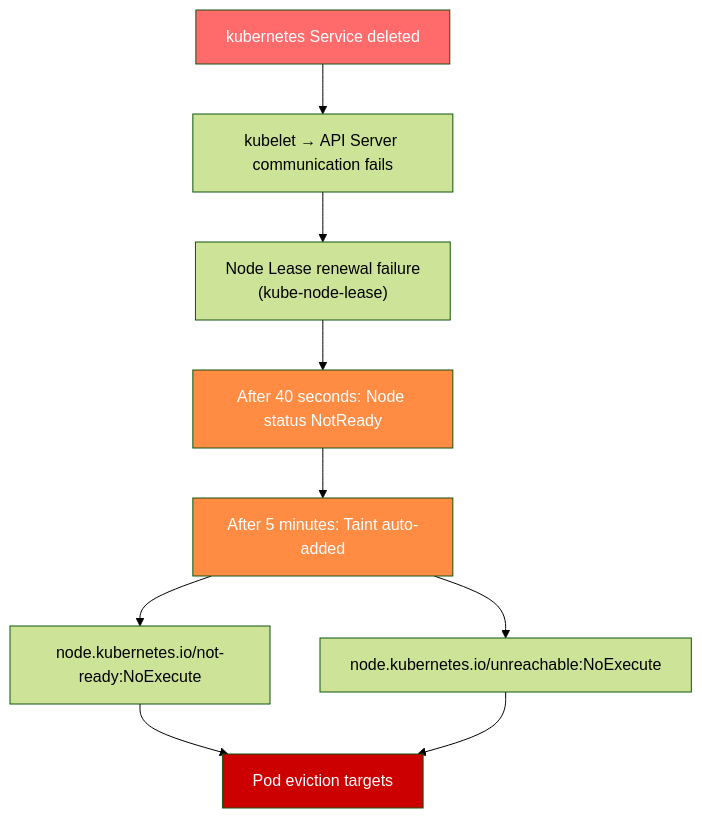
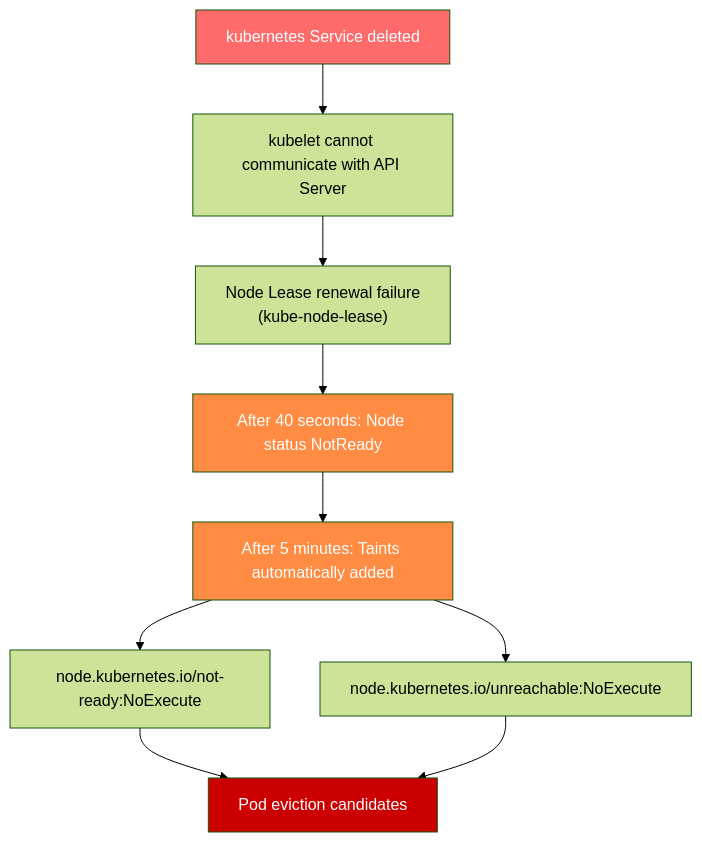
Before and after one commit to devfloor9/engineering-playbook: the second of 2 diagrams in i18n/en/docusaurus-plugin-content-docs/current/security-governance/default-namespace-incident.md, drawn with Mermaid (forest theme). The commit also changed other lines of this file and 95 other files, not shown here.

````diff
--- a/i18n/en/docusaurus-plugin-content-docs/current/security-governance/default-namespace-incident.md
+++ b/i18n/en/docusaurus-plugin-content-docs/current/security-governance/default-namespace-incident.md
@@ -83,16 +82,16 @@
 ```mermaid
 flowchart TD
-    A["kubernetes Service deleted"] --> B["kubelet → API Server communication fails"]
+    A["kubernetes Service deleted"] --> B["kubelet cannot communicate with API Server"]
     B --> C["Node Lease renewal failure<br/>(kube-node-lease)"]
     C --> D["After 40 seconds: Node status NotReady"]
-    D --> E["After 5 minutes: Taint auto-added"]
+    D --> E["After 5 minutes: Taints automatically added"]
     E --> F["node.kubernetes.io/not-ready:NoExecute"]
     E --> G["node.kubernetes.io/unreachable:NoExecute"]
-    F --> H["Pod eviction targets"]
+    F --> H["Pod eviction candidates"]
     G --> H
 
     style A fill:#ff6b6b,color:#fff
     style D fill:#ff8c42,color:#fff
     style E fill:#ff8c42,color:#fff
     style H fill:#cc0000,color:#fff
 ```
````
